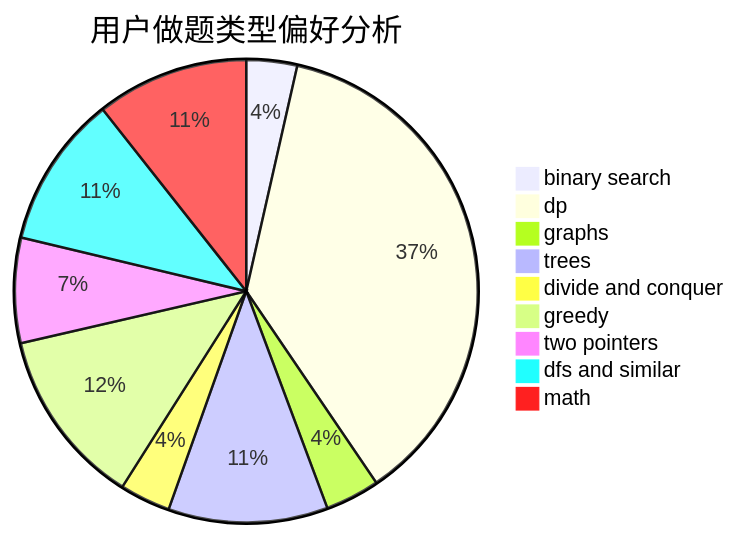
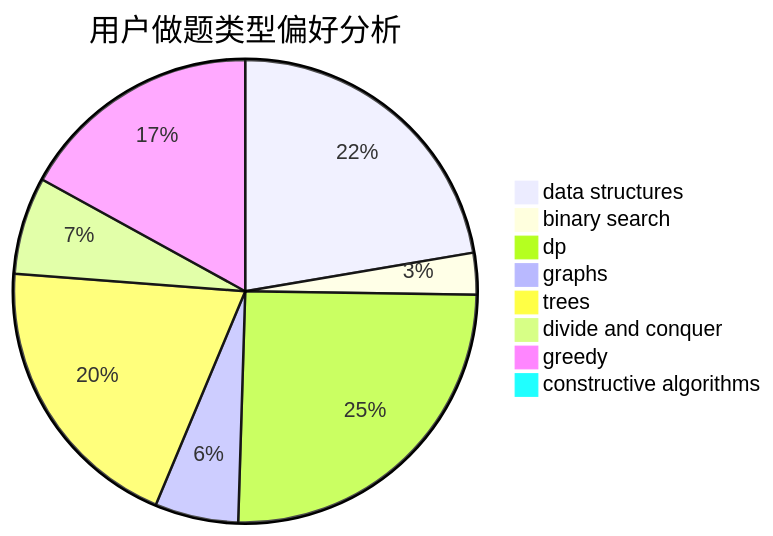
One commit to sherpahu/cfrs.github.io changed the second of 3 diagrams in docs/user/u2404.md. Above: the diagram before and after it, drawn with Mermaid. The commit also changed other lines of this file and 2775 other files, not shown here.

````diff
--- a/docs/user/u2404.md
+++ b/docs/user/u2404.md
@@ -23,12 +23,11 @@
 ```mermaid
 pie title 用户做题类型偏好分析
-    "binary search" :  14
-    "dp" :  146
-    "graphs" :  15
-    "trees" :  44
+    "data structures" :  46
+    "binary search" :  6
+    "dp" :  52
+    "graphs" :  12
+    "trees" :  41
     "divide and conquer" :  14
-    "greedy" :  49
-    "two pointers" :  29
-    "dfs and similar" :  42
-    "math" :  42
+    "greedy" :  35
+    "constructive algorithms" :  1
 ```
````
